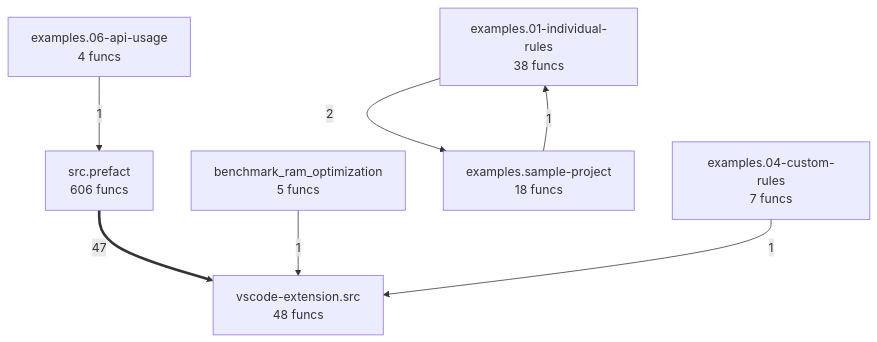
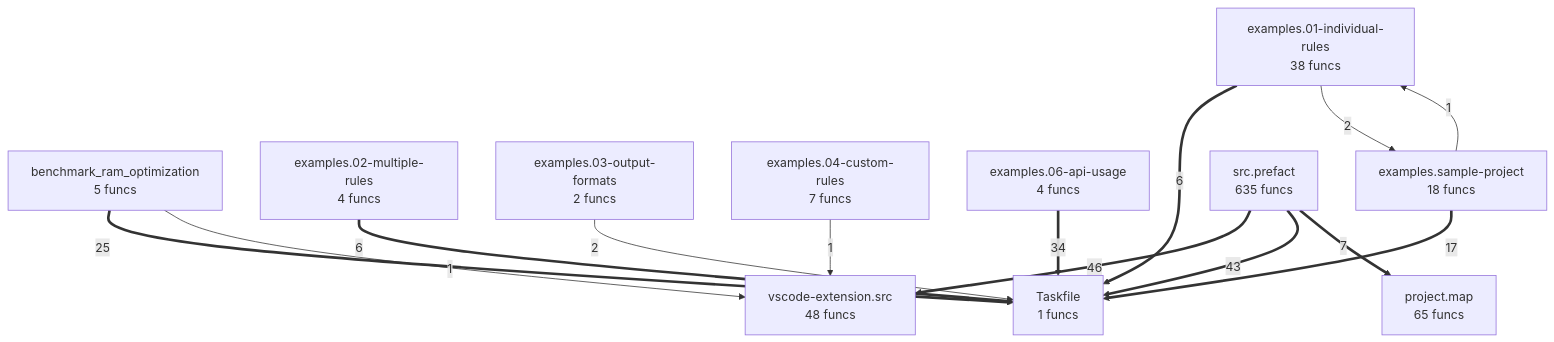
Before and after one commit to semcod/prefact: the diagram in project/compact_flow.mmd, drawn with Mermaid. The commit also changed 33 other files, not shown here.

```diff
--- a/project/compact_flow.mmd
+++ b/project/compact_flow.mmd
@@ -1,14 +1,25 @@
 flowchart TD
+    Taskfile["Taskfile<br/>1 funcs"]
     benchmark_ram_optimization["benchmark_ram_optimization<br/>5 funcs"]
     examples__01_individual_rules["examples.01-individual-rules<br/>38 funcs"]
+    examples__02_multiple_rules["examples.02-multiple-rules<br/>4 funcs"]
+    examples__03_output_formats["examples.03-output-formats<br/>2 funcs"]
     examples__04_custom_rules["examples.04-custom-rules<br/>7 funcs"]
     examples__06_api_usage["examples.06-api-usage<br/>4 funcs"]
     examples__sample_project["examples.sample-project<br/>18 funcs"]
-    src__prefact["src.prefact<br/>606 funcs"]
+    project__map["project.map<br/>65 funcs"]
+    src__prefact["src.prefact<br/>635 funcs"]
     vscode_extension__src["vscode-extension.src<br/>48 funcs"]
-    src__prefact ==>|47| vscode_extension__src
+    src__prefact ==>|46| vscode_extension__src
+    src__prefact ==>|43| Taskfile
+    examples__06_api_usage ==>|34| Taskfile
+    benchmark_ram_optimization ==>|25| Taskfile
+    examples__sample_project ==>|17| Taskfile
+    src__prefact ==>|7| project__map
+    examples__01_individual_rules ==>|6| Taskfile
+    examples__02_multiple_rules ==>|6| Taskfile
+    examples__03_output_formats -->|2| Taskfile
     examples__01_individual_rules -->|2| examples__sample_project
+    examples__sample_project -->|1| examples__01_individual_rules
     benchmark_ram_optimization -->|1| vscode_extension__src
-    examples__sample_project -->|1| examples__01_individual_rules
     examples__04_custom_rules -->|1| vscode_extension__src
-    examples__06_api_usage -->|1| src__prefact
```
